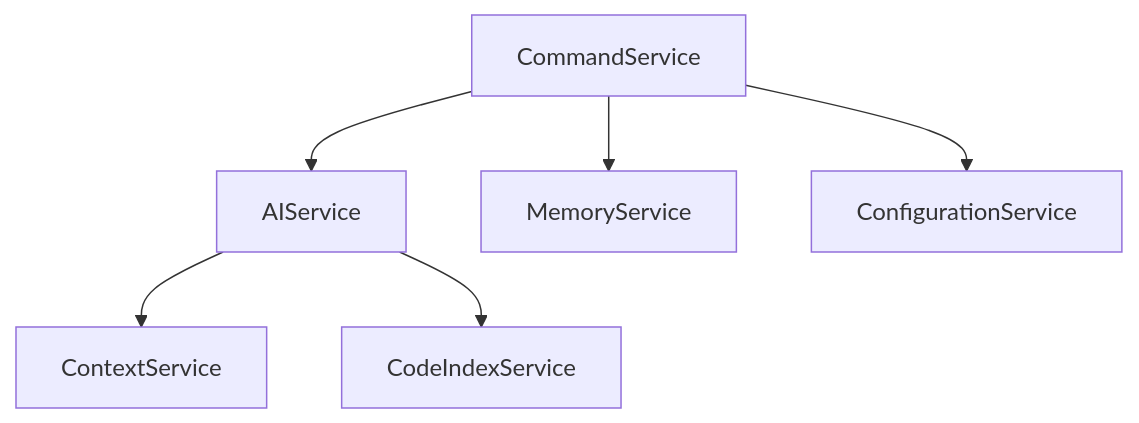
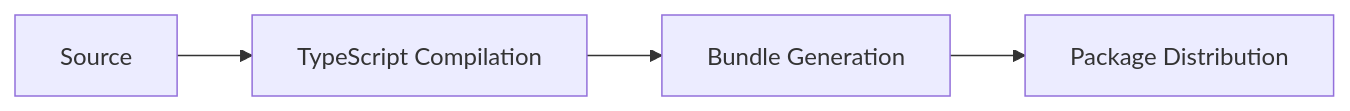
One commit to Blankenship-Daniel/aia changed the diagram in docs/comprehensive/codebase-comprehensive.md. Above: the diagram before and after it, drawn with Mermaid. The commit also changed other lines of this file and 155 other files, not shown here.

````diff
--- a/docs/comprehensive/codebase-comprehensive.md
+++ b/docs/comprehensive/codebase-comprehensive.md
@@ -54,8 +155,6 @@
 ```mermaid
-graph TD
-    A[CommandService] --> B[AIService]
-    A --> C[MemoryService]
-    A --> D[ConfigurationService]
-    B --> E[ContextService]
-    B --> F[CodeIndexService]
+graph LR
+    A[Source] --> B[TypeScript Compilation]
+    B --> C[Bundle Generation]
+    C --> D[Package Distribution]
 ```
````
